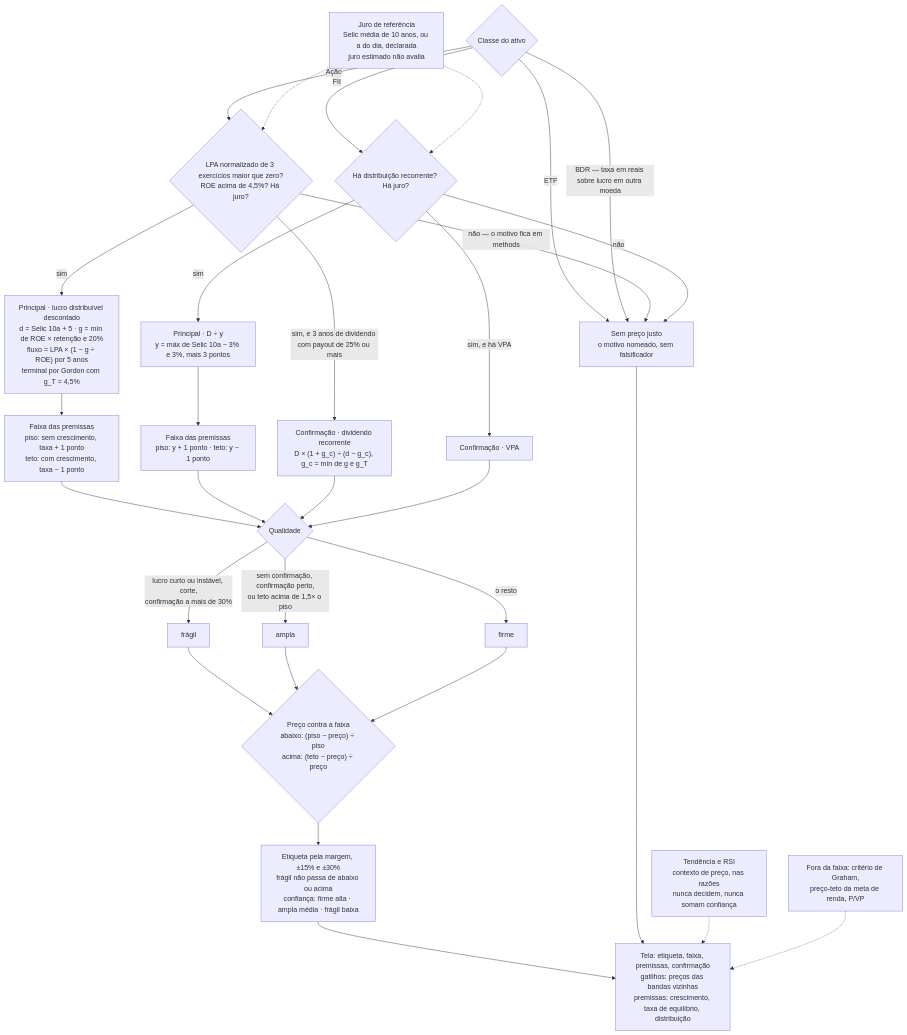
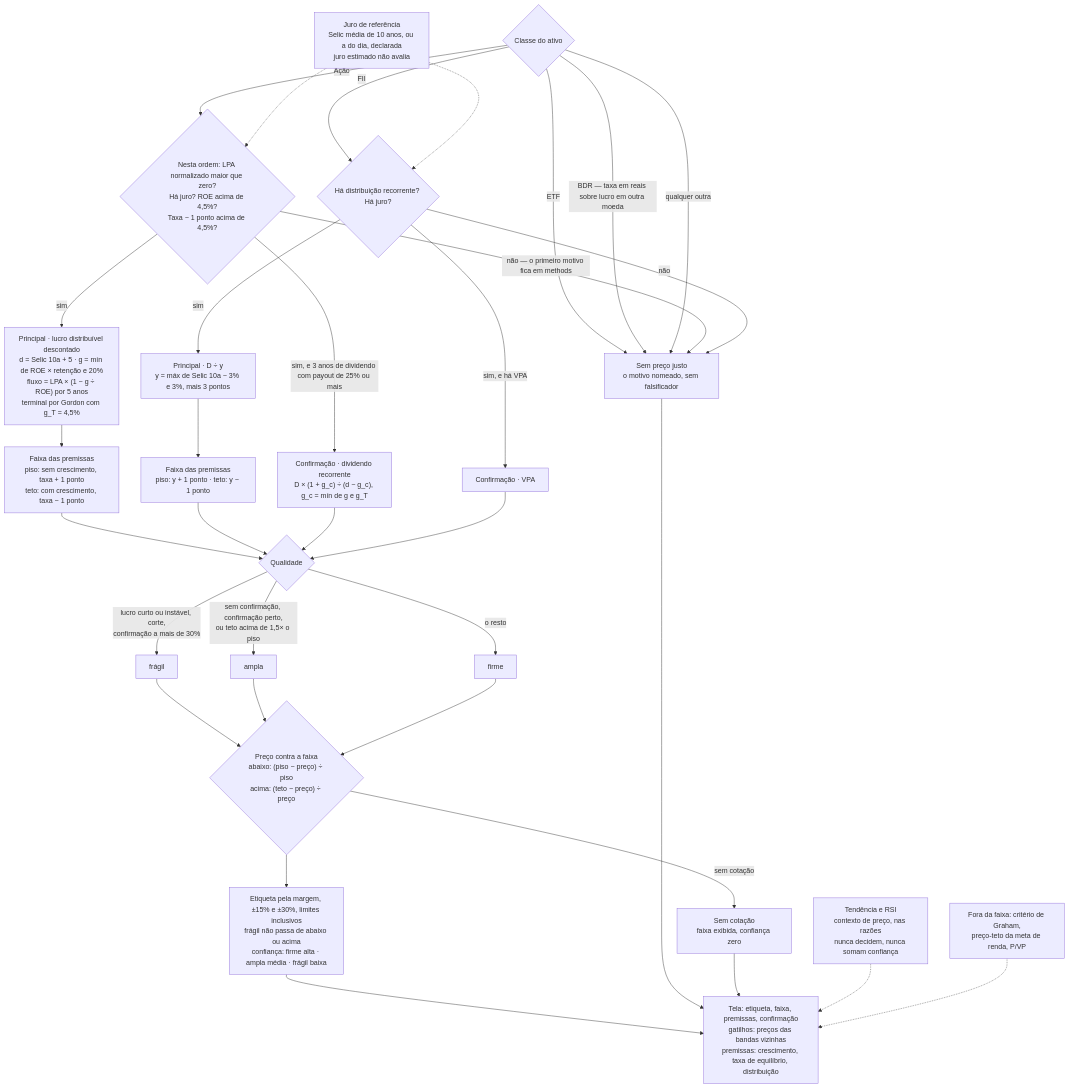
Before and after one commit to leodavilats/fiance: the diagram in docs/04-CALCULOS.md, drawn with Mermaid. The commit also changed other lines of this file and 4 other files, not shown here.

First line of the commit message:
fix: o preço justo passa a ter saída certa para classe, lucro contraditório, fuso e cotação

````diff
--- a/docs/04-CALCULOS.md
+++ b/docs/04-CALCULOS.md
@@ -306,52 +319,55 @@
 ```mermaid
 flowchart TD
     CLS{"Classe do ativo"}
     CLS -->|"ETF"| SEMV
     CLS -->|"BDR — taxa em reais sobre lucro em outra moeda"| SEMV
     CLS -->|"Ação"| QA
     CLS -->|"FII"| QF
+    CLS -->|"qualquer outra"| SEMV
 
     JURO["Juro de referência<br/>Selic média de 10 anos, ou a do dia, declarada<br/>juro estimado não avalia"]
     JURO -.-> QA
     JURO -.-> QF
 
-    QA{"LPA normalizado de 3 exercícios maior que zero?<br/>ROE acima de 4,5%? Há juro?"}
-    QA -->|"não — o motivo fica em methods"| SEMV
+    QA{"Nesta ordem: LPA normalizado maior que zero?<br/>Há juro? ROE acima de 4,5%?<br/>Taxa − 1 ponto acima de 4,5%?"}
+    QA -->|"não — o primeiro motivo fica em methods"| SEMV
     QA -->|"sim"| PA["Principal · lucro distribuível descontado<br/>d = Selic 10a + 5 · g = mín de ROE × retenção e 20%<br/>fluxo = LPA × (1 − g ÷ ROE) por 5 anos<br/>terminal por Gordon com g_T = 4,5%"]
     QA -->|"sim, e 3 anos de dividendo com payout de 25% ou mais"| CA["Confirmação · dividendo recorrente<br/>D × (1 + g_c) ÷ (d − g_c), g_c = mín de g e g_T"]
 
     QF{"Há distribuição recorrente? Há juro?"}
     QF -->|"não"| SEMV
     QF -->|"sim"| PF["Principal · D ÷ y<br/>y = máx de Selic 10a − 3% e 3%, mais 3 pontos"]
     QF -->|"sim, e há VPA"| CF["Confirmação · VPA"]
 
     PA --> FX["Faixa das premissas<br/>piso: sem crescimento, taxa + 1 ponto<br/>teto: com crescimento, taxa − 1 ponto"]
     PF --> FX2["Faixa das premissas<br/>piso: y + 1 ponto · teto: y − 1 ponto"]
 
     FX --> QL
     FX2 --> QL
     CA --> QL
     CF --> QL
 
     QL{"Qualidade"}
     QL -->|"lucro curto ou instável, corte,<br/>confirmação a mais de 30%"| FRA["frágil"]
     QL -->|"sem confirmação, confirmação perto,<br/>ou teto acima de 1,5× o piso"| AMP["ampla"]
     QL -->|"o resto"| FIR["firme"]
 
     FRA --> POS
     AMP --> POS
     FIR --> POS
 
     POS{"Preço contra a faixa<br/>abaixo: (piso − preço) ÷ piso<br/>acima: (teto − preço) ÷ preço"}
-    POS --> LBL["Etiqueta pela margem, ±15% e ±30%<br/>frágil não passa de abaixo ou acima<br/>confiança: firme alta · ampla média · frágil baixa"]
+    POS -->|"sem cotação"| SCOT["Sem cotação<br/>faixa exibida, confiança zero"]
+    POS --> LBL["Etiqueta pela margem, ±15% e ±30%, limites inclusivos<br/>frágil não passa de abaixo ou acima<br/>confiança: firme alta · ampla média · frágil baixa"]
 
     SEMV["Sem preço justo<br/>o motivo nomeado, sem falsificador"]
 
     TEC["Tendência e RSI<br/>contexto de preço, nas razões<br/>nunca decidem, nunca somam confiança"]
     IND["Fora da faixa: critério de Graham,<br/>preço-teto da meta de renda, P/VP"]
 
     LBL --> OUT["Tela: etiqueta, faixa, premissas, confirmação<br/>gatilhos: preços das bandas vizinhas<br/>premissas: crescimento, taxa de equilíbrio, distribuição"]
     SEMV --> OUT
+    SCOT --> OUT
     TEC -.-> OUT
     IND -.-> OUT
 ```
````
